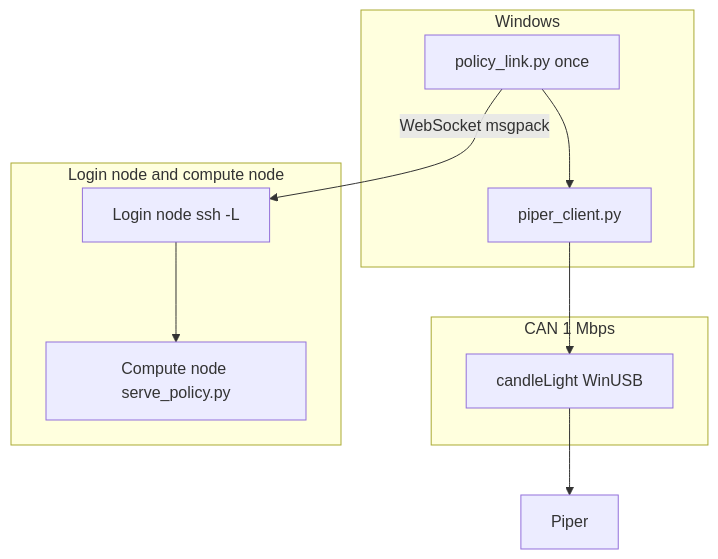
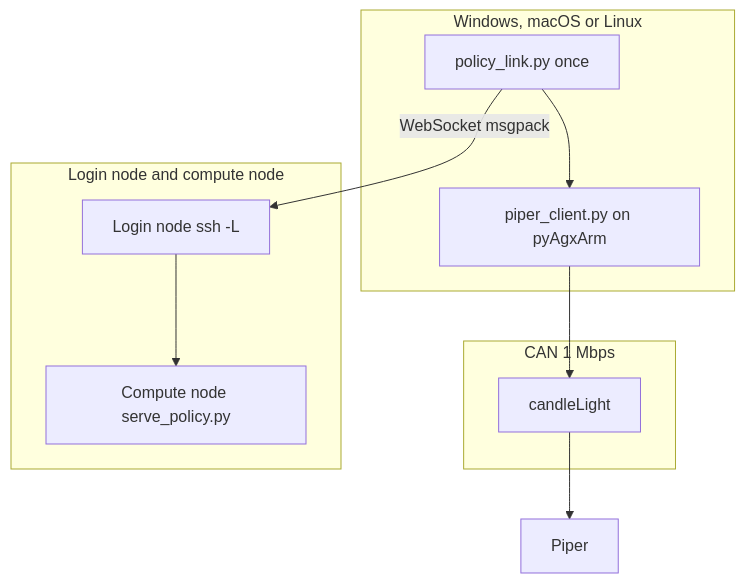
Before and after one commit to TzJ2006/CEI_robot_arms: the diagram in DEVELOPER_GUIDE.md, drawn with Mermaid. The commit also changed other lines of this file and 10 other files, not shown here.

First line of the commit message:
Drive the arm through the official pyAgxArm SDK on Windows, macOS and Linux

````diff
--- a/DEVELOPER_GUIDE.md
+++ b/DEVELOPER_GUIDE.md
@@ -5,19 +5,19 @@
 ```mermaid
 flowchart TB
-  subgraph win [Windows]
+  subgraph host [Windows, macOS or Linux]
     client[policy_link.py once]
-    armclient[piper_client.py]
+    armclient[piper_client.py on pyAgxArm]
     client --> armclient
   end
   subgraph bus [CAN 1 Mbps]
-    adapter[candleLight WinUSB]
+    adapter[candleLight]
   end
   subgraph cluster [Login node and compute node]
     tunnel[Login node ssh -L]
     server[Compute node serve_policy.py]
   end
   armclient --> adapter
   adapter --> piper[Piper]
   client -->|WebSocket msgpack| tunnel
   tunnel --> server
 ```
````
